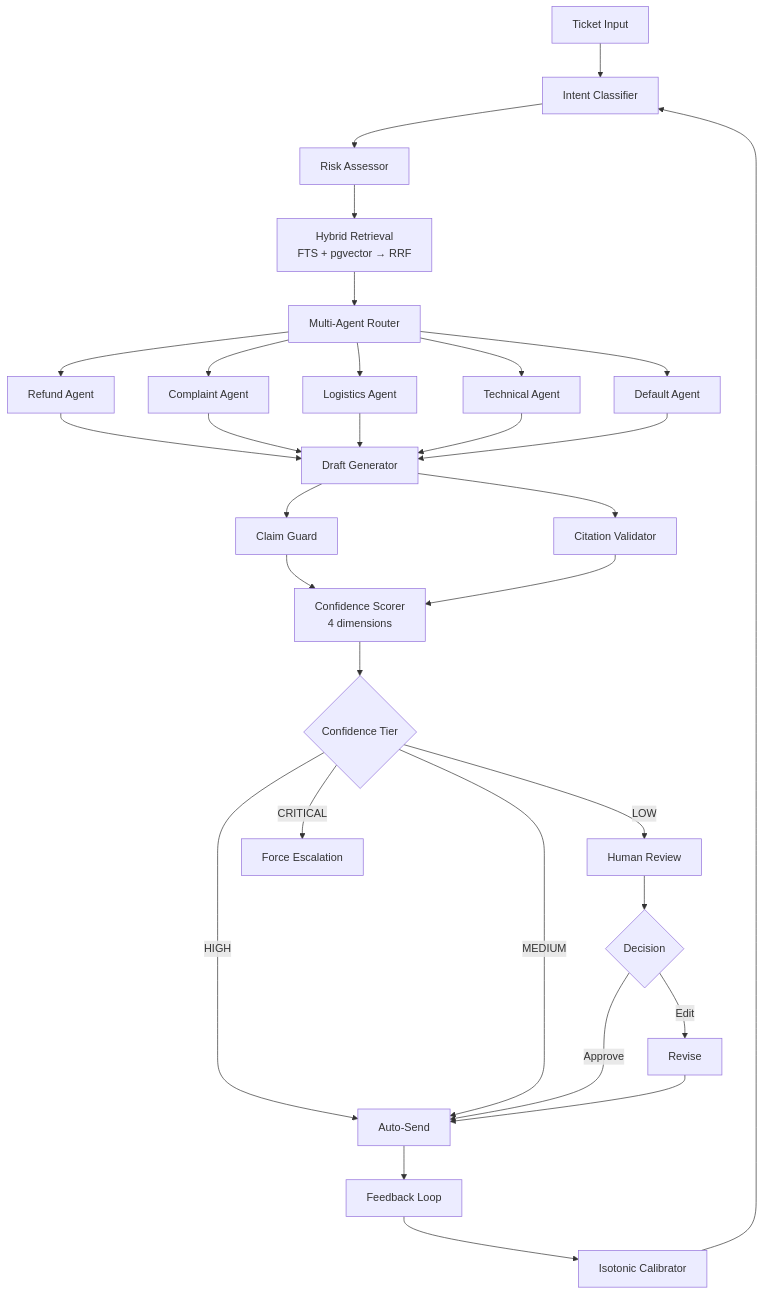
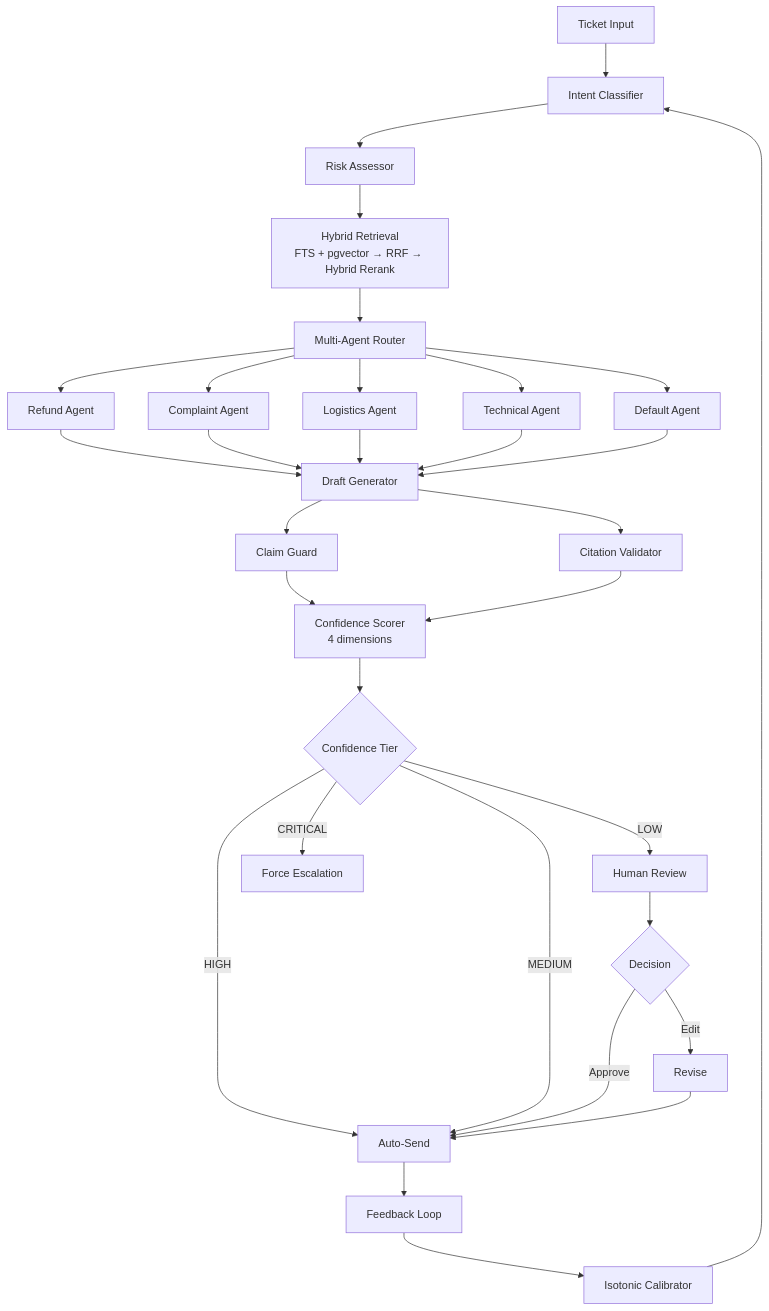
The diagram in README.md (lennney/ticketpilot), drawn with Mermaid before and after one commit. The commit also changed other lines of this file and 21 other files, not shown here.

First line of the commit message:
feat: hybrid retrieval reranking + open source README

````diff
--- a/README.md
+++ b/README.md
@@ -24,33 +43,33 @@
 ```mermaid
 graph TD
     A[Ticket Input] --> B[Intent Classifier]
     B --> C[Risk Assessor]
-    C --> D[Hybrid Retrieval<br/>FTS + pgvector → RRF]
+    C --> D[Hybrid Retrieval<br/>FTS + pgvector → RRF → Hybrid Rerank]
     D --> E[Multi-Agent Router]
     E --> F[Refund Agent]
     E --> G[Complaint Agent]
     E --> H[Logistics Agent]
     E --> I[Technical Agent]
     E --> J[Default Agent]
     F --> K[Draft Generator]
     G --> K
     H --> K
     I --> K
     J --> K
     K --> L[Claim Guard]
     K --> M[Citation Validator]
     L --> N[Confidence Scorer<br/>4 dimensions]
     M --> N
     N --> O{Confidence Tier}
     O -->|HIGH| P[Auto-Send]
     O -->|MEDIUM| P
     O -->|LOW| Q[Human Review]
     O -->|CRITICAL| R[Force Escalation]
     Q --> S{Decision}
     S -->|Approve| P
     S -->|Edit| T[Revise]
     T --> P
     P --> U[Feedback Loop]
     U --> V[Isotonic Calibrator]
     V --> B
 ```
````
